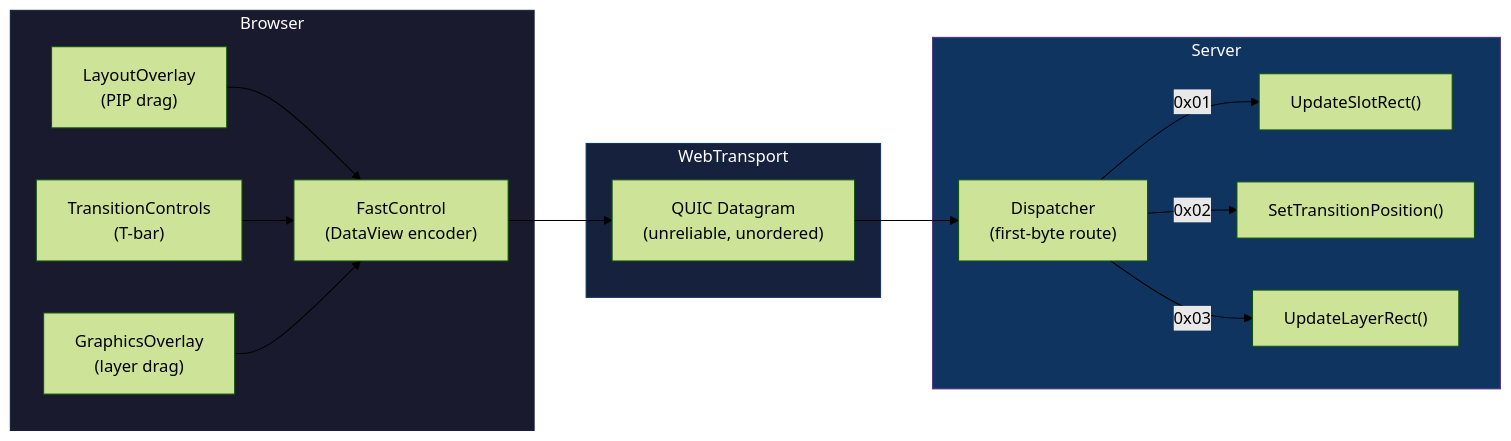
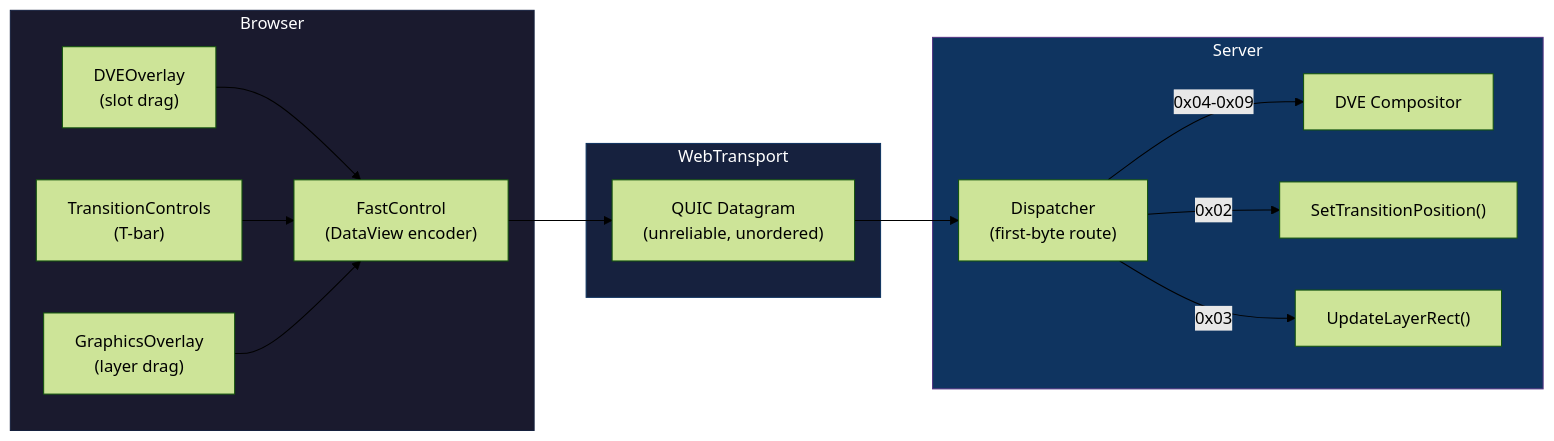
One commit to qvest-digital/dmf-mf-switchframe changed the first of 4 diagrams in docs/fast-control.md. Above: the diagram before and after it, drawn with Mermaid (forest theme). The commit also changed other lines of this file and 68 other files, not shown here.

First line of the commit message:
feat: Consolidate layout/ into DVE as single compositor

````diff
--- a/docs/fast-control.md
+++ b/docs/fast-control.md
@@ -27,32 +28,32 @@
 ```mermaid
 flowchart LR
     subgraph browser ["Browser"]
         style browser fill:#1a1a2e,color:#fff,stroke:#16213e
-        LO["LayoutOverlay\n(PIP drag)"]
+        DO["DVEOverlay\n(slot drag)"]
         TC["TransitionControls\n(T-bar)"]
         GO["GraphicsOverlay\n(layer drag)"]
         FC["FastControl\n(DataView encoder)"]
     end
 
     subgraph transport ["WebTransport"]
         style transport fill:#16213e,color:#fff,stroke:#0f3460
         DG["QUIC Datagram\n(unreliable, unordered)"]
     end
 
     subgraph server ["Server"]
         style server fill:#0f3460,color:#fff,stroke:#533483
         DISP["Dispatcher\n(first-byte route)"]
-        LAYOUT["UpdateSlotRect()"]
+        DVE["DVE Compositor"]
         TRANS["SetTransitionPosition()"]
         GRAPH["UpdateLayerRect()"]
     end
 
-    LO --> FC
+    DO --> FC
     TC --> FC
     GO --> FC
     FC --> DG
     DG --> DISP
-    DISP -->|0x01| LAYOUT
+    DISP -->|0x04-0x09| DVE
     DISP -->|0x02| TRANS
     DISP -->|0x03| GRAPH
 ```
````
